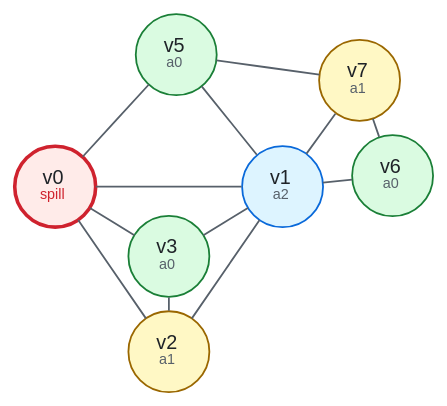
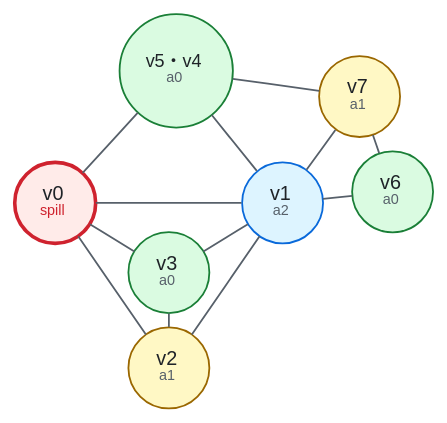
The diagram in Sable/compiler/doc/figures/wt-6-colour.dot (aita/CompLab), drawn with Graphviz before and after one commit. The commit also changed 8 other files, not shown here.

```diff
--- a/Sable/compiler/doc/figures/wt-6-colour.dot
+++ b/Sable/compiler/doc/figures/wt-6-colour.dot
@@ -1,36 +1,36 @@
 // One state of the worked example in doc/regalloc.md section 7.  K is 3.
 // The graph, the degrees and the order of the steps all come from
 // tests/walkthrough.exe; nothing here was worked out by hand.
 //
 // The wt-*.dot files share the style block and the pinned positions below;
 // keep them in step, or a node will jump from one panel to the next.
 // Render with ./render.sh (needs graphviz).
 graph wt {
   layout = neato;
   overlap = false;
   splines = true;
   bgcolor = "transparent";
   node [shape = circle, style = filled, fillcolor = "#f6f8fa",
         color = "#57606a", fontcolor = "#1f2328",
         fontname = "Helvetica", fontsize = 11, width = 0.62, fixedsize = true];
   edge [color = "#57606a", dir = none, fontname = "Helvetica", fontsize = 9];
   v0 [label = <v0<BR/><FONT POINT-SIZE="8" COLOR="#cf222e">spill</FONT>>, fillcolor = "#ffebe9", color = "#cf222e", penwidth = 2 pos = "-1.55,0.1!"];
   v1 [label = <v1<BR/><FONT POINT-SIZE="8" COLOR="#57606a">a2</FONT>>, fillcolor = "#ddf4ff", color = "#0969da" pos = "1.55,0.1!"];
   v2 [label = <v2<BR/><FONT POINT-SIZE="8" COLOR="#57606a">a1</FONT>>, fillcolor = "#fff8c5", color = "#9a6700" pos = "0,-2.15!"];
   v3 [label = <v3<BR/><FONT POINT-SIZE="8" COLOR="#57606a">a0</FONT>>, fillcolor = "#dafbe1", color = "#1a7f37" pos = "0,-0.85!"];
-  v5 [label = <v5<BR/><FONT POINT-SIZE="8" COLOR="#57606a">a0</FONT>>, fillcolor = "#dafbe1", color = "#1a7f37" pos = "0.1,1.9!"];
+  v5 [width = 0.88, fontsize = 10, label = <v5・v4<BR/><FONT POINT-SIZE="8" COLOR="#57606a">a0</FONT>>, fillcolor = "#dafbe1", color = "#1a7f37" pos = "0.1,1.9!"];
   v7 [label = <v7<BR/><FONT POINT-SIZE="8" COLOR="#57606a">a1</FONT>>, fillcolor = "#fff8c5", color = "#9a6700" pos = "2.6,1.55!"];
   v6 [label = <v6<BR/><FONT POINT-SIZE="8" COLOR="#57606a">a0</FONT>>, fillcolor = "#dafbe1", color = "#1a7f37" pos = "3.05,0.25!"];
   v0 -- v1 [color = "#57606a"];
   v0 -- v2 [color = "#57606a"];
   v0 -- v3 [color = "#57606a"];
   v0 -- v5 [color = "#57606a"];
   v1 -- v2 [color = "#57606a"];
   v1 -- v3 [color = "#57606a"];
   v1 -- v5 [color = "#57606a"];
   v1 -- v6 [color = "#57606a"];
   v1 -- v7 [color = "#57606a"];
   v2 -- v3 [color = "#57606a"];
   v5 -- v7 [color = "#57606a"];
   v6 -- v7 [color = "#57606a"];
 }
```
